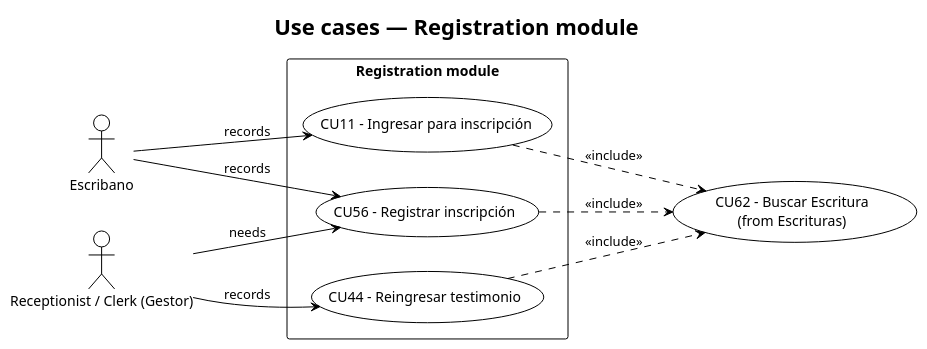
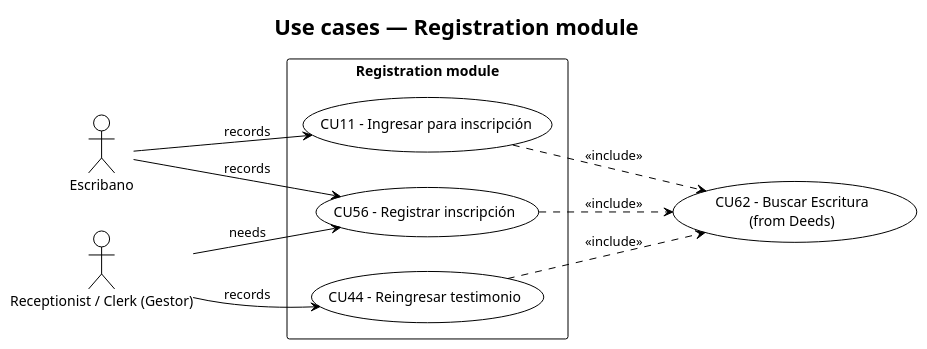
One commit to matiaspakua/notaire changed the diagram in docs/200-architecture/204-diagrams/Casos de Uso/gestiones-inscripciones.puml. Above: the diagram before and after it, drawn with PlantUML. The commit also changed 89 other files, not shown here.

```diff
--- a/docs/200-architecture/204-diagrams/Casos de Uso/gestiones-inscripciones.puml
+++ b/docs/200-architecture/204-diagrams/Casos de Uso/gestiones-inscripciones.puml
@@ -1,26 +1,26 @@
 @startuml gestiones-inscripciones
 !theme plain
 left to right direction
 title Use cases — Registration module
 
 actor Escribano
 actor "Receptionist / Clerk (Gestor)" as ReceptionistClerk
 
 rectangle "Registration module" {
   usecase "CU11 - Ingresar para inscripción" as CU11
   usecase "CU56 - Registrar inscripción" as CU56
   usecase "CU44 - Reingresar testimonio" as CU44
 }
 
-usecase "CU62 - Buscar Escritura\n(from Escrituras)" as CU62
+usecase "CU62 - Buscar Escritura\n(from Deeds)" as CU62
 
 Escribano --> CU11 : records
 Escribano --> CU56 : records
 ReceptionistClerk --> CU56 : needs
 ReceptionistClerk --> CU44 : records
 
 CU11 ..> CU62 : <<include>>
 CU56 ..> CU62 : <<include>>
 CU44 ..> CU62 : <<include>>
 
 @enduml
```
